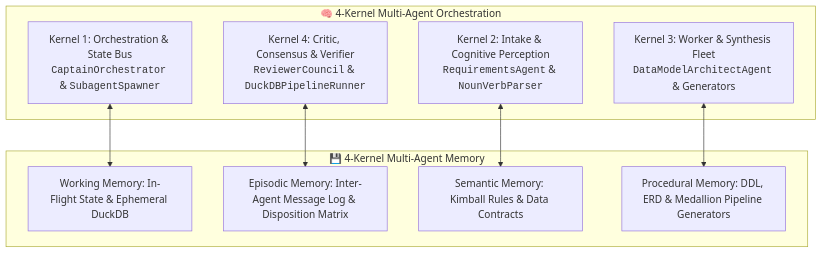
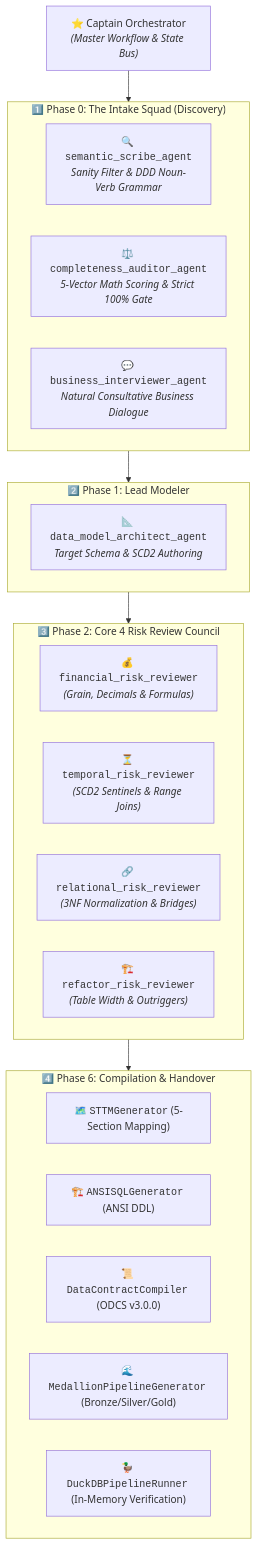
Before and after one commit to rachardv/data-model-architect: the first of 3 diagrams in docs/ARCHITECTURE_AND_RUBRICS.md, drawn with Mermaid. The commit also changed other lines of this file and 1 other file, not shown here.

Commit message:
docs(workflow): update master multi-agent architecture, intake squad, and STTM docs

````diff
--- a/docs/ARCHITECTURE_AND_RUBRICS.md
+++ b/docs/ARCHITECTURE_AND_RUBRICS.md
@@ -24,21 +20,34 @@
 ```mermaid
-graph TD
-    subgraph "🧠 4-Kernel Multi-Agent Orchestration"
-        O1["Kernel 1: Orchestration & State Bus<br/><code>CaptainOrchestrator</code> & <code>SubagentSpawner</code>"]
-        O2["Kernel 2: Intake & Cognitive Perception<br/><code>RequirementsAgent</code> & <code>NounVerbParser</code>"]
-        O3["Kernel 3: Worker & Synthesis Fleet<br/><code>DataModelArchitectAgent</code> & Generators"]
-        O4["Kernel 4: Critic, Consensus & Verifier<br/><code>ReviewerCouncil</code> & <code>DuckDBPipelineRunner</code>"]
+flowchart TD
+    CAPTAIN["⭐ Captain Orchestrator<br/><i>(Master Workflow & State Bus)</i>"]
+
+    subgraph PHASE0["1️⃣ Phase 0: The Intake Squad (Discovery)"]
+        S1["🔍 <code>semantic_scribe_agent</code><br/><i>Sanity Filter & DDD Noun-Verb Grammar</i>"]
+        S2["⚖️ <code>completeness_auditor_agent</code><br/><i>5-Vector Math Scoring & Strict 100% Gate</i>"]
+        S3["💬 <code>business_interviewer_agent</code><br/><i>Natural Consultative Business Dialogue</i>"]
     end
 
-    subgraph "💾 4-Kernel Multi-Agent Memory"
-        M1["Working Memory: In-Flight State & Ephemeral DuckDB"]
-        M2["Episodic Memory: Inter-Agent Message Log & Disposition Matrix"]
-        M3["Semantic Memory: Kimball Rules & Data Contracts"]
-        M4["Procedural Memory: DDL, ERD & Medallion Pipeline Generators"]
+    subgraph PHASE1["2️⃣ Phase 1: Lead Modeler"]
+        D1["📐 <code>data_model_architect_agent</code><br/><i>Target Schema & SCD2 Authoring</i>"]
     end
 
-    O1 <--> M1
-    O2 <--> M3
-    O3 <--> M4
-    O4 <--> M2
+    subgraph PHASE2["3️⃣ Phase 2: Core 4 Risk Review Council"]
+        R1["💰 <code>financial_risk_reviewer</code><br/><i>(Grain, Decimals & Formulas)</i>"]
+        R2["⏳ <code>temporal_risk_reviewer</code><br/><i>(SCD2 Sentinels & Range Joins)</i>"]
+        R3["🔗 <code>relational_risk_reviewer</code><br/><i>(3NF Normalization & Bridges)</i>"]
+        R4["🏗️ <code>refactor_risk_reviewer</code><br/><i>(Table Width & Outriggers)</i>"]
+    end
+
+    subgraph PHASE6["4️⃣ Phase 6: Compilation & Handover"]
+        C1["🗺️ <code>STTMGenerator</code> (5-Section Mapping)"]
+        C2["🏗️ <code>ANSISQLGenerator</code> (ANSI DDL)"]
+        C3["📜 <code>DataContractCompiler</code> (ODCS v3.0.0)"]
+        C4["🌊 <code>MedallionPipelineGenerator</code> (Bronze/Silver/Gold)"]
+        C5["🦆 <code>DuckDBPipelineRunner</code> (In-Memory Verification)"]
+    end
+
+    CAPTAIN --> PHASE0
+    PHASE0 --> PHASE1
+    PHASE1 --> PHASE2
+    PHASE2 --> PHASE6
 ```
````
